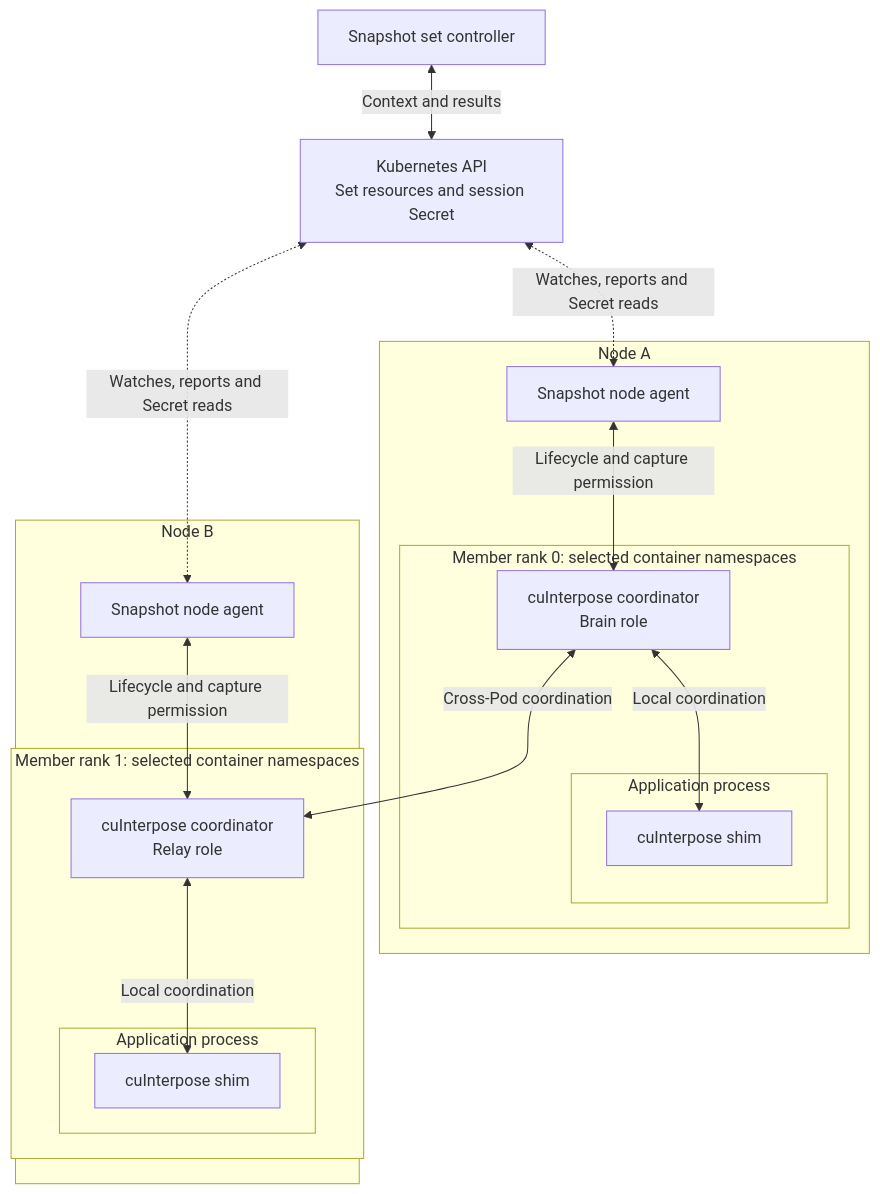
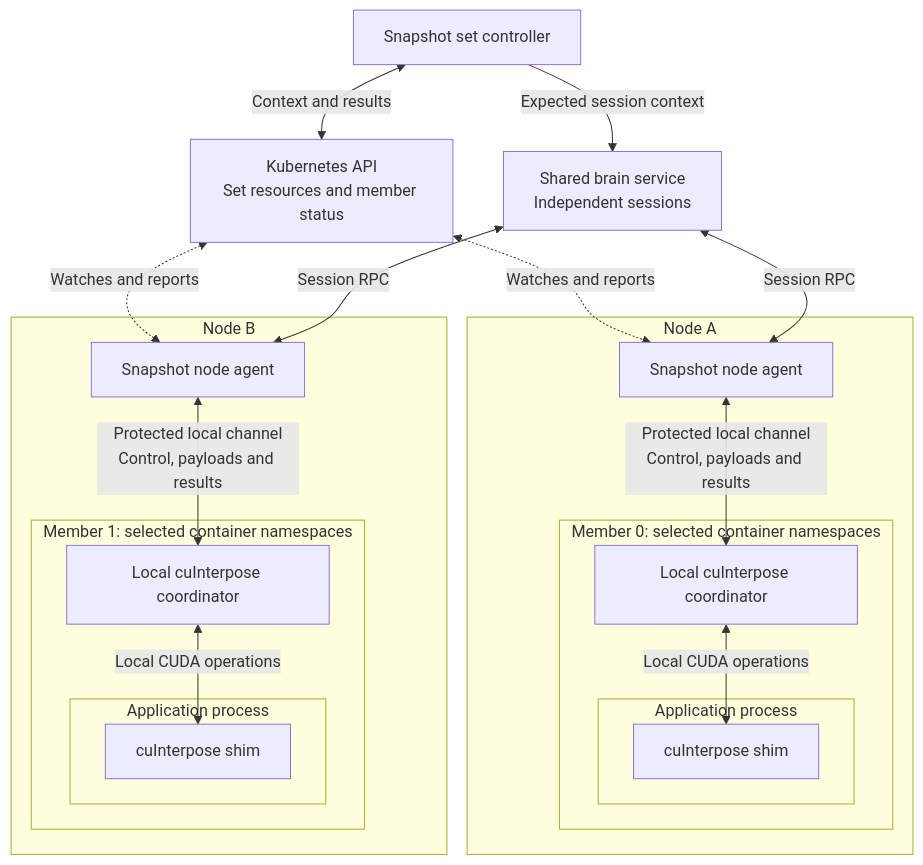
One commit to ai-dynamo/snapshot changed the first of 5 diagrams in docs/proposals/324-multi-pod-snapshot-restore/README.md. Above: the diagram before and after it, drawn with Mermaid. The commit also changed other lines of this file, not shown here.

Commit message:
docs: simplify multi-pod snapshot coordination

````diff
--- a/docs/proposals/324-multi-pod-snapshot-restore/README.md
+++ b/docs/proposals/324-multi-pod-snapshot-restore/README.md
@@ -218,29 +190,31 @@
 ```mermaid
 flowchart TB
-    C["Snapshot set controller"] <-->|"Context and results"| K["Kubernetes API<br/>Set resources and session Secret"]
-    K <-.->|"Watches, reports and Secret reads"| A0
-    K <-.->|"Watches, reports and Secret reads"| A1
+    C["Snapshot set controller"] <-->|"Context and results"| K["Kubernetes API<br/>Set resources and member status"]
+    C -->|"Expected session context"| B["Shared brain service<br/>Independent sessions"]
+    K <-.->|"Watches and reports"| A0
+    K <-.->|"Watches and reports"| A1
+    B <-->|"Session RPC"| A0
+    B <-->|"Session RPC"| A1
     subgraph N0["Node A"]
         A0["Snapshot node agent"]
-        subgraph P0["Member rank 0: selected container namespaces"]
-            B["cuInterpose coordinator<br/>Brain role"]
+        subgraph P0["Member 0: selected container namespaces"]
+            H0["Local cuInterpose coordinator"]
             subgraph APP0["Application process"]
                 S0["cuInterpose shim"]
             end
-            B <-->|"Local coordination"| S0
+            H0 <-->|"Local CUDA operations"| S0
         end
-        A0 <-->|"Lifecycle and capture permission"| B
+        A0 <-->|"Protected local channel<br/>Control, payloads and results"| H0
     end
     subgraph N1["Node B"]
         A1["Snapshot node agent"]
-        subgraph P1["Member rank 1: selected container namespaces"]
-            R["cuInterpose coordinator<br/>Relay role"]
+        subgraph P1["Member 1: selected container namespaces"]
+            H1["Local cuInterpose coordinator"]
             subgraph APP1["Application process"]
                 S1["cuInterpose shim"]
             end
-            R <-->|"Local coordination"| S1
+            H1 <-->|"Local CUDA operations"| S1
         end
-        A1 <-->|"Lifecycle and capture permission"| R
+        A1 <-->|"Protected local channel<br/>Control, payloads and results"| H1
     end
-    B <-->|"Cross-Pod coordination"| R
 ```
````
